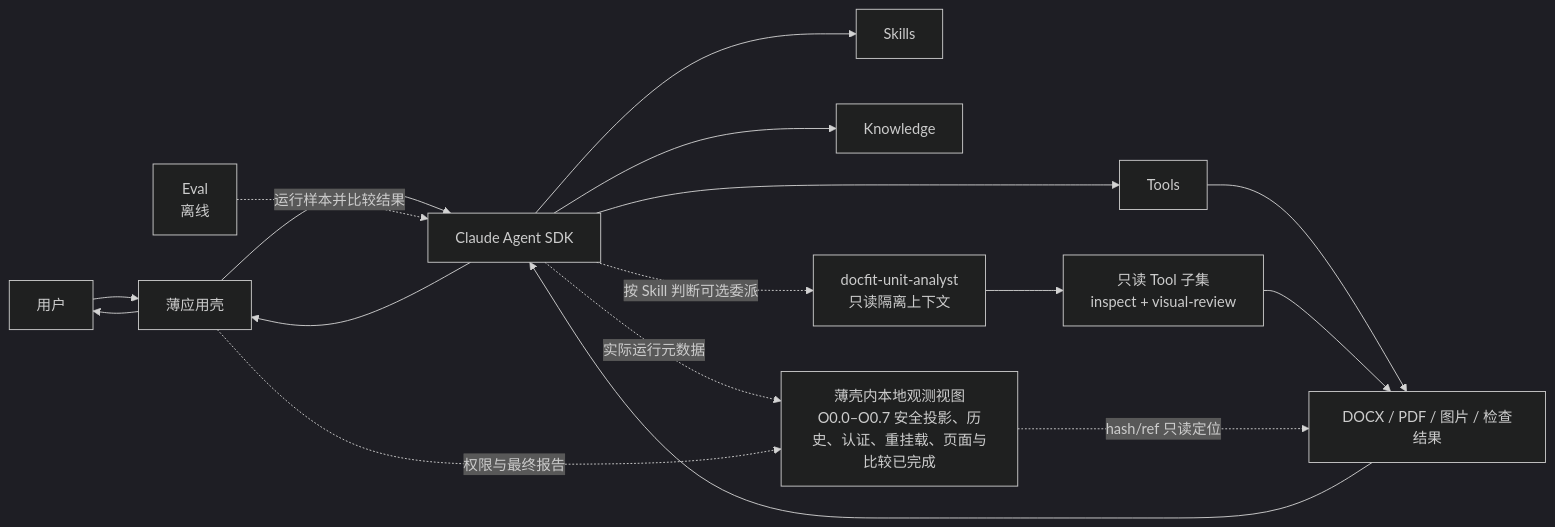
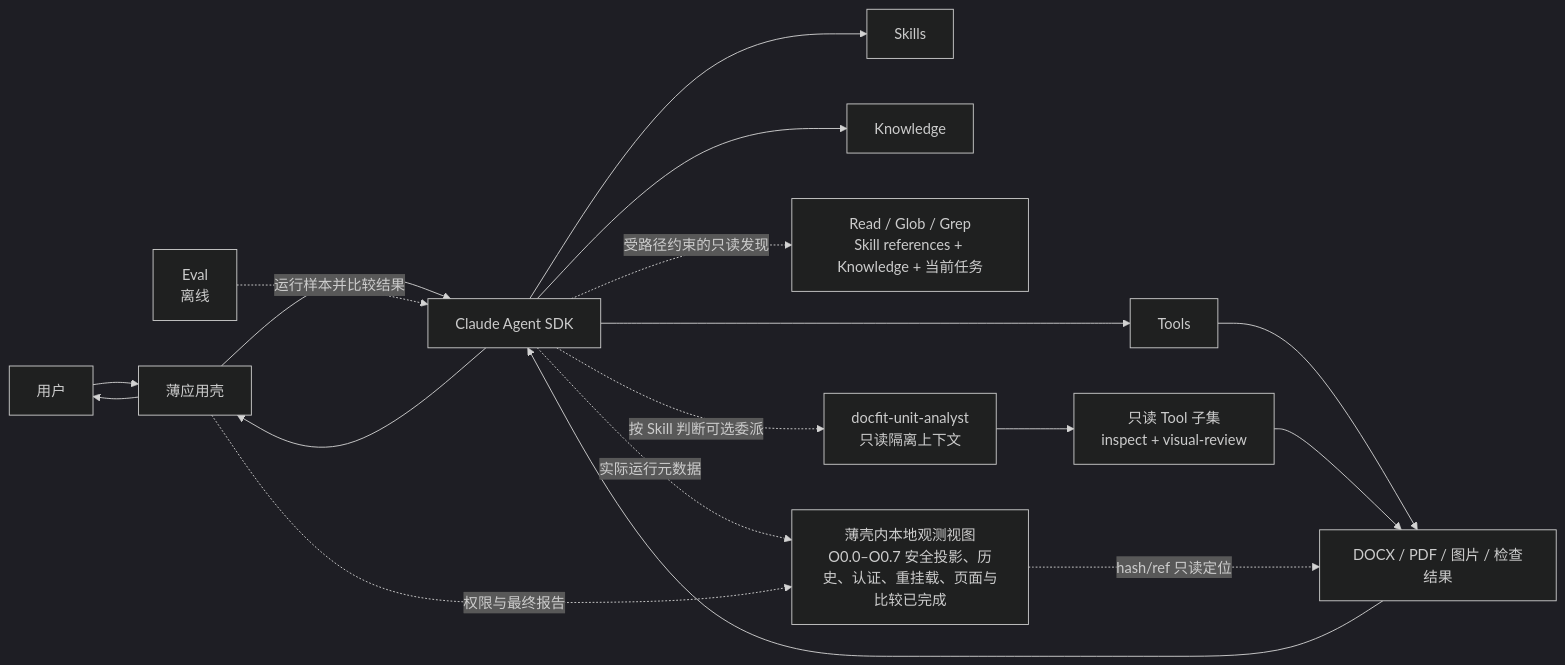
The diagram in docs/docfit-01-architecture-core.md (bamao88/0730), drawn with Mermaid (dark theme) before and after one commit. The commit also changed other lines of this file and 16 other files, not shown here.

````diff
--- a/docs/docfit-01-architecture-core.md
+++ b/docs/docfit-01-architecture-core.md
@@ -83,19 +84,20 @@
 ```mermaid
 flowchart LR
     U["用户"] --> A["薄应用壳"]
     A --> SDK["Claude Agent SDK"]
     SDK --> S["Skills"]
     SDK --> K["Knowledge"]
     SDK --> T["Tools"]
+    SDK -."受路径约束的只读发现".-> R["Read / Glob / Grep<br/>Skill references + Knowledge + 当前任务"]
     SDK -."按 Skill 判断可选委派".-> SA["docfit-unit-analyst<br/>只读隔离上下文"]
     SA --> RT["只读 Tool 子集<br/>inspect + visual-review"]
     T --> F["DOCX / PDF / 图片 / 检查结果"]
     RT --> F
     F --> SDK
     SDK --> A
     A --> U
     SDK -."实际运行元数据".-> O["薄壳内本地观测视图<br/>O0.0–O0.7 安全投影、历史、认证、重挂载、页面与比较已完成"]
     A -."权限与最终报告".-> O
     O -."hash/ref 只读定位".-> F
     E["Eval<br/>离线"] -.运行样本并比较结果.-> SDK
 ```
````
